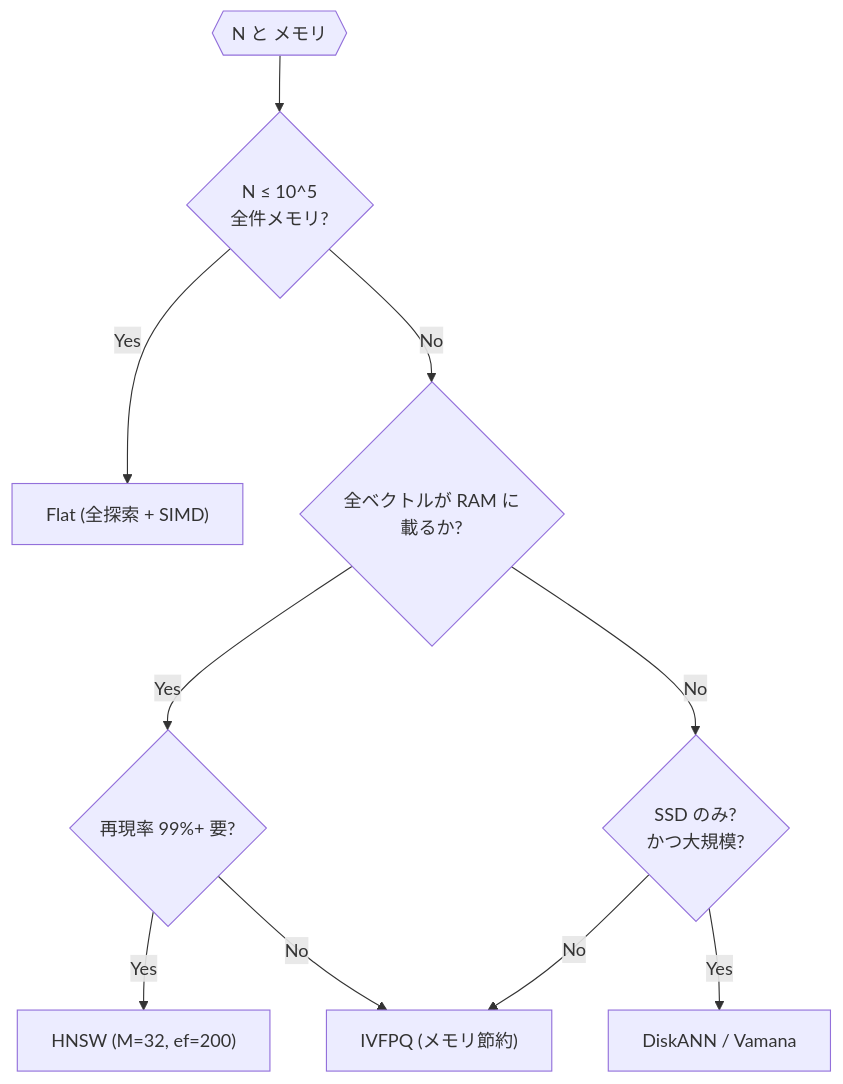
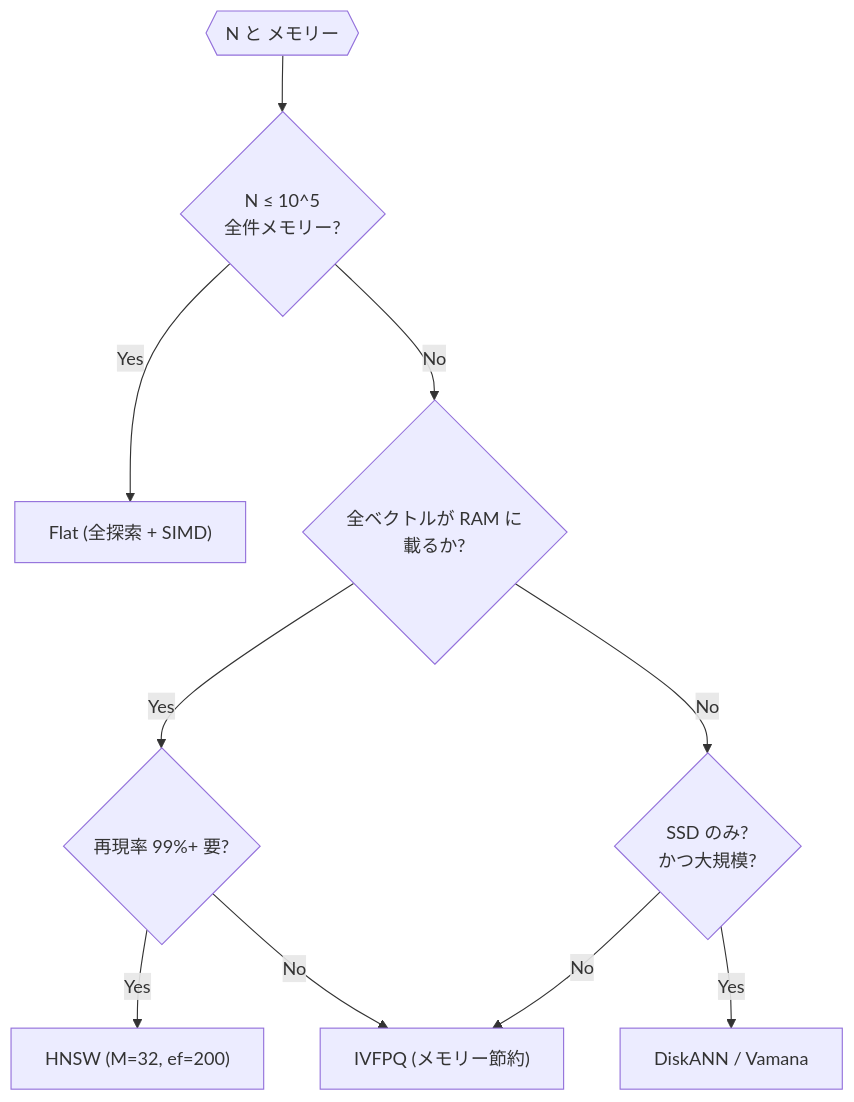
One commit to yoichiozaki/yoichiozaki.github.io changed the fourth of 5 diagrams in content/blog/ja/vector-database-internals.mdx. Above: the diagram before and after it, drawn with Mermaid. The commit also changed other lines of this file and 117 other files, not shown here.

````diff
--- a/content/blog/ja/vector-database-internals.mdx
+++ b/content/blog/ja/vector-database-internals.mdx
@@ -434,12 +434,12 @@
 ```mermaid
 graph TD
-    Start{{"N と メモリ"}} --> Q1{"N ≤ 10^5<br/>全件メモリ?"}
+    Start{{"N と メモリー"}} --> Q1{"N ≤ 10^5<br/>全件メモリー?"}
     Q1 -->|Yes| Flat["Flat (全探索 + SIMD)"]
     Q1 -->|No| Q2{"全ベクトルが RAM に<br/>載るか?"}
     Q2 -->|Yes| Q3{"再現率 99%+ 要?"}
     Q3 -->|Yes| HNSW["HNSW (M=32, ef=200)"]
-    Q3 -->|No| IVFPQ["IVFPQ (メモリ節約)"]
+    Q3 -->|No| IVFPQ["IVFPQ (メモリー節約)"]
     Q2 -->|No| Q4{"SSD のみ?<br/>かつ大規模?"}
     Q4 -->|Yes| DiskANN["DiskANN / Vamana"]
     Q4 -->|No| IVFPQ
 ```
````
